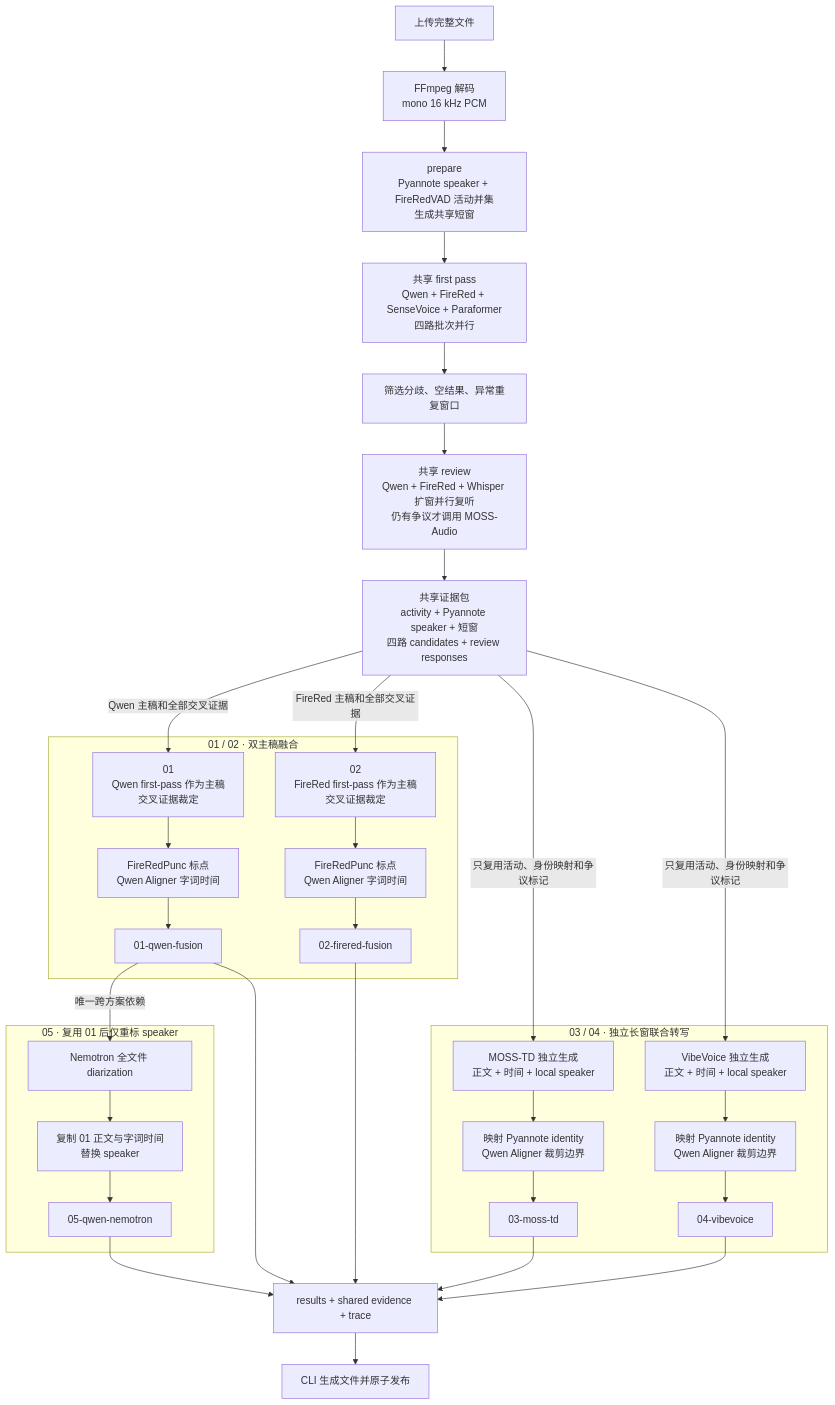
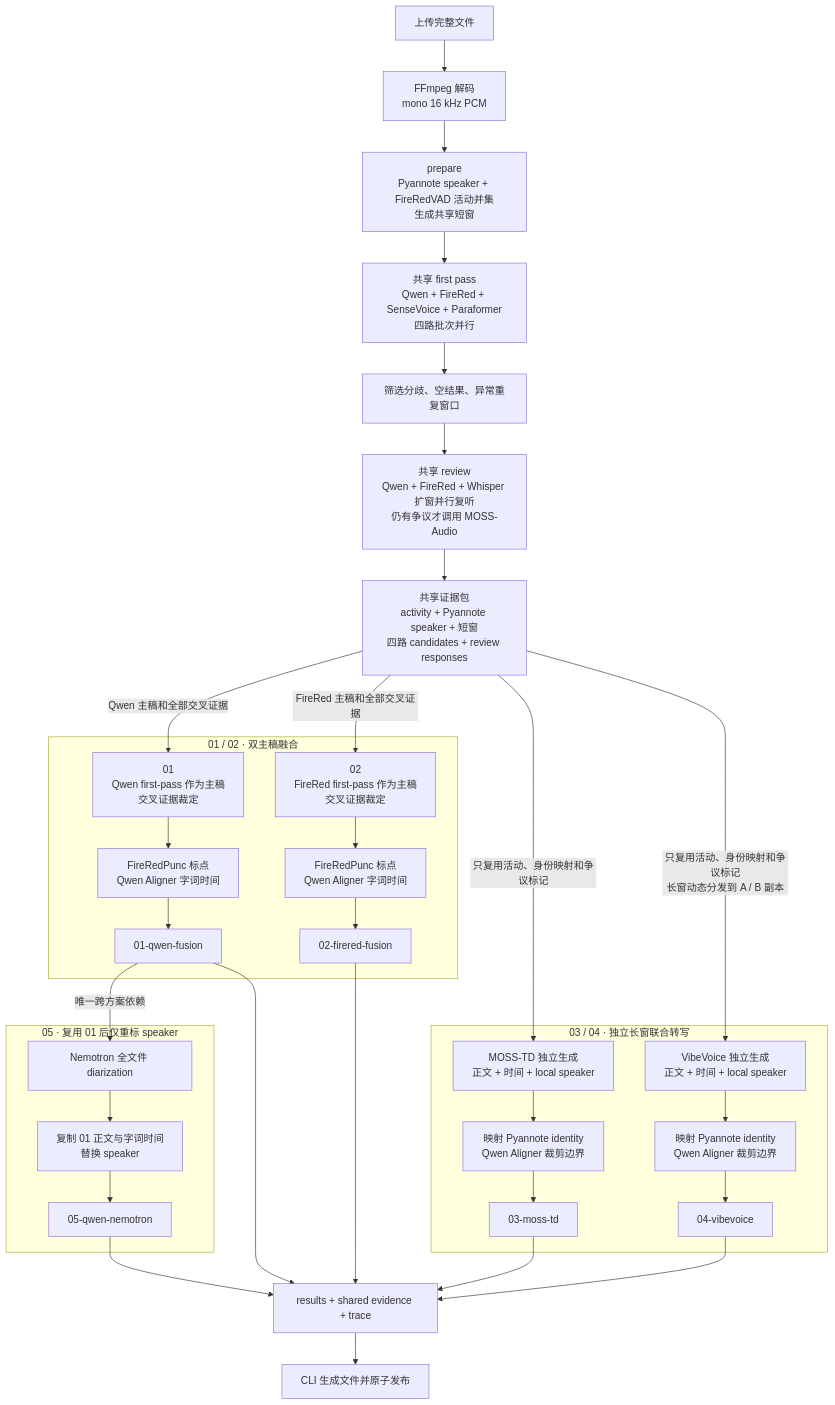
The third of 3 diagrams in platform/container/services/asr/DESIGN.md (curoky/codespace), drawn with Mermaid before and after one commit. The commit also changed other lines of this file and 79 other files, not shown here.

````diff
--- a/platform/container/services/asr/DESIGN.md
+++ b/platform/container/services/asr/DESIGN.md
@@ -63,35 +63,35 @@
 ```mermaid
 flowchart TD
     Upload[上传完整文件] --> Decode[FFmpeg 解码<br/>mono 16 kHz PCM]
     Decode --> Prepare["prepare<br/>Pyannote speaker + FireRedVAD 活动并集<br/>生成共享短窗"]
     Prepare --> First["共享 first pass<br/>Qwen + FireRed + SenseVoice + Paraformer<br/>四路批次并行"]
     First --> Dispute["筛选分歧、空结果、异常重复窗口"]
     Dispute --> Review["共享 review<br/>Qwen + FireRed + Whisper 扩窗并行复听<br/>仍有争议才调用 MOSS-Audio"]
     Review --> Evidence["共享证据包<br/>activity + Pyannote speaker + 短窗<br/>四路 candidates + review responses"]
 
     subgraph FusionRecipes["01 / 02 · 双主稿融合"]
         QwenFusion["01<br/>Qwen first-pass 作为主稿<br/>交叉证据裁定"] --> QwenFinalize["FireRedPunc 标点<br/>Qwen Aligner 字词时间"] --> Out01["01-qwen-fusion"]
         FireRedFusion["02<br/>FireRed first-pass 作为主稿<br/>交叉证据裁定"] --> FireRedFinalize["FireRedPunc 标点<br/>Qwen Aligner 字词时间"] --> Out02["02-firered-fusion"]
     end
 
     subgraph JointRecipes["03 / 04 · 独立长窗联合转写"]
         MossJoint["MOSS-TD 独立生成<br/>正文 + 时间 + local speaker"] --> MossFinalize["映射 Pyannote identity<br/>Qwen Aligner 裁剪边界"] --> Out03["03-moss-td"]
         VibeJoint["VibeVoice 独立生成<br/>正文 + 时间 + local speaker"] --> VibeFinalize["映射 Pyannote identity<br/>Qwen Aligner 裁剪边界"] --> Out04["04-vibevoice"]
     end
 
     subgraph RelabelRecipe["05 · 复用 01 后仅重标 speaker"]
         Nemotron["Nemotron 全文件 diarization"] --> Relabel["复制 01 正文与字词时间<br/>替换 speaker"] --> Out05["05-qwen-nemotron"]
     end
 
     Evidence -->|Qwen 主稿和全部交叉证据| QwenFusion
     Evidence -->|FireRed 主稿和全部交叉证据| FireRedFusion
     Evidence -->|只复用活动、身份映射和争议标记| MossJoint
-    Evidence -->|只复用活动、身份映射和争议标记| VibeJoint
+    Evidence -->|只复用活动、身份映射和争议标记<br/>长窗动态分发到 A / B 副本| VibeJoint
     Out01 -->|唯一跨方案依赖| Nemotron
     Out01 --> Response["results + shared evidence + trace"]
     Out02 --> Response
     Out03 --> Response
     Out04 --> Response
     Out05 --> Response
     Response --> Publish[CLI 生成文件并原子发布]
 ```
````
